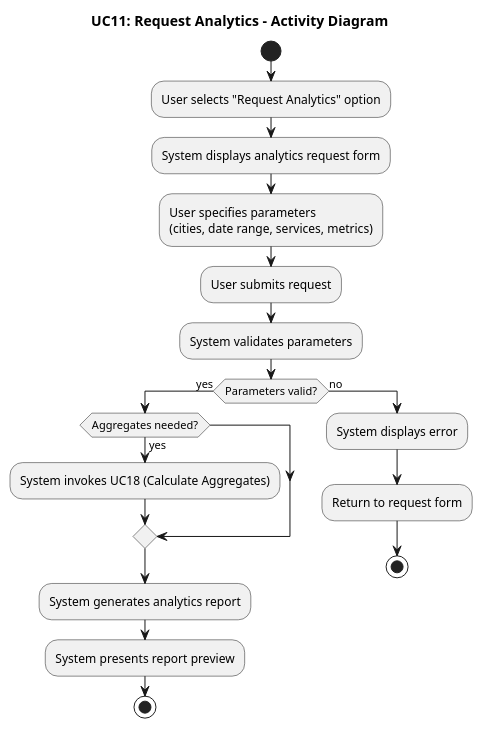
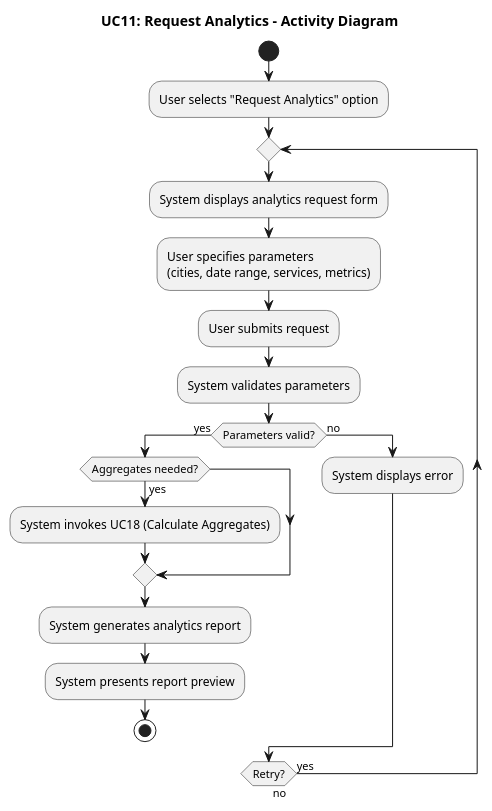
Before and after one commit to ManosMorf97/Weather-Forecasts-AI-Remastered: the diagram in requirements/activity_diagrams/UC11_Request_Analytics.puml, drawn with PlantUML. The commit also changed 22 other files, not shown here.

Commit message:
activity diagrams pictures

```diff
--- a/requirements/activity_diagrams/UC11_Request_Analytics.puml
+++ b/requirements/activity_diagrams/UC11_Request_Analytics.puml
@@ -1,26 +1,26 @@
 @startuml UC11_Request_Analytics_Activity_Diagram
 
 title UC11: Request Analytics - Activity Diagram
 
 start
 :User selects "Request Analytics" option;
-:System displays analytics request form;
-:User specifies parameters
-(cities, date range, services, metrics);
-:User submits request;
-:System validates parameters;
+repeat
+  :System displays analytics request form;
+  :User specifies parameters
+  (cities, date range, services, metrics);
+  :User submits request;
+  :System validates parameters;
 
-if (Parameters valid?) then (yes)
-  if (Aggregates needed?) then (yes)
-    :System invokes UC18 (Calculate Aggregates);
+  if (Parameters valid?) then (yes)
+    if (Aggregates needed?) then (yes)
+      :System invokes UC18 (Calculate Aggregates);
+    endif
+    :System generates analytics report;
+    :System presents report preview;
+    stop
+  else (no)
+    :System displays error;
   endif
-  :System generates analytics report;
-  :System presents report preview;
-  stop
-else (no)
-  :System displays error;
-  :Return to request form;
-  stop
-endif
+repeat while (Retry?) is (yes) not (no)
 
 @enduml
```
